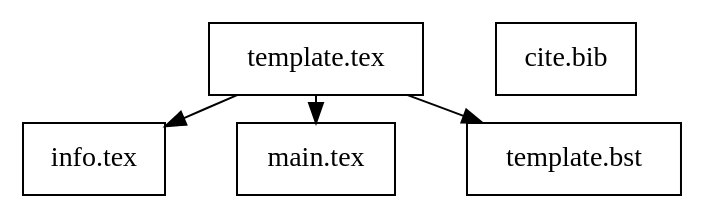
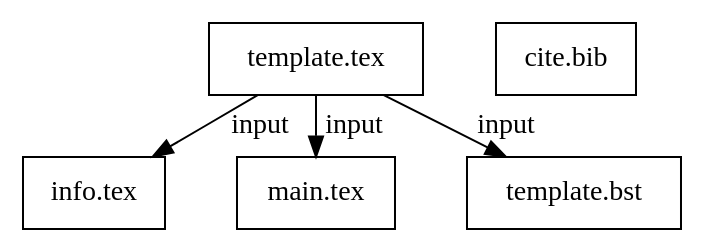
Before and after one commit to bwtian/texTemplate: the diagram in texTemplate.org, drawn with Graphviz. The commit also changed other lines of this file and 1 other file, not shown here.

Commit message:
- ‘.#texTemplate.org’ / ‘texTemplate.org’

```diff
--- a/texTemplate.org
+++ b/texTemplate.org
@@ -4,22 +4,22 @@
 #+BEGIN_SRC dot :file ./texTemplate.svg 
 digraph { 
 fontname="Times"; 
 fontsize = 12; 
 splines = false; 
 ranksep = 0.2; 
 nodesep = 0.5; 
 node [shape = box] 
 //1. set node 
 temp [label = "template.tex"]
 info [label = "info.tex"]
 main [label = "main.tex"]
 bib [label = "cite.bib"]
 bst [label = "template.bst"]
 
 //2. set path 
-temp -> {info,main,bst}
+temp -> {info,main,bst} [label = input]
 
 //3. set rank 
 
 }
 #+END_SRC
```
